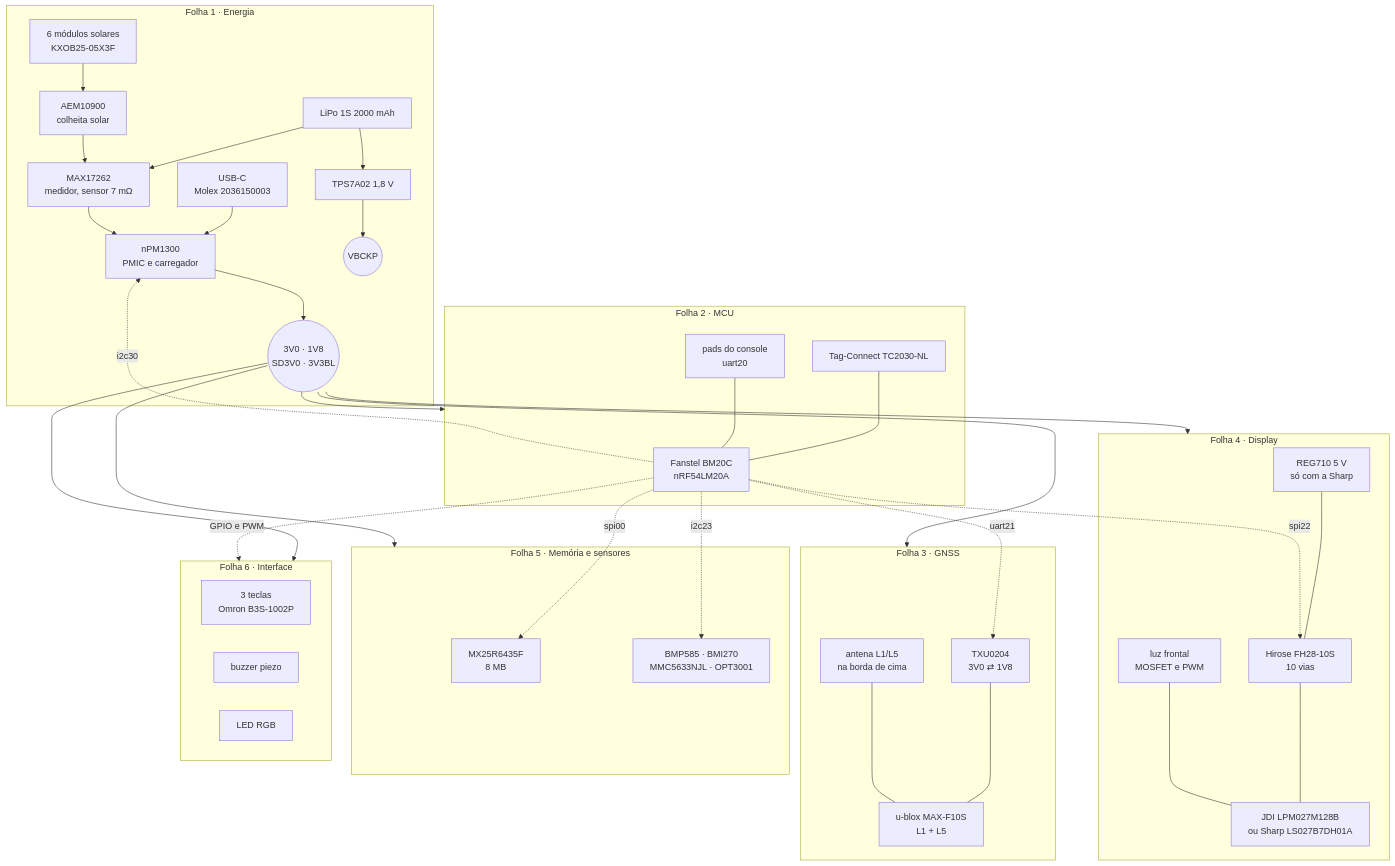
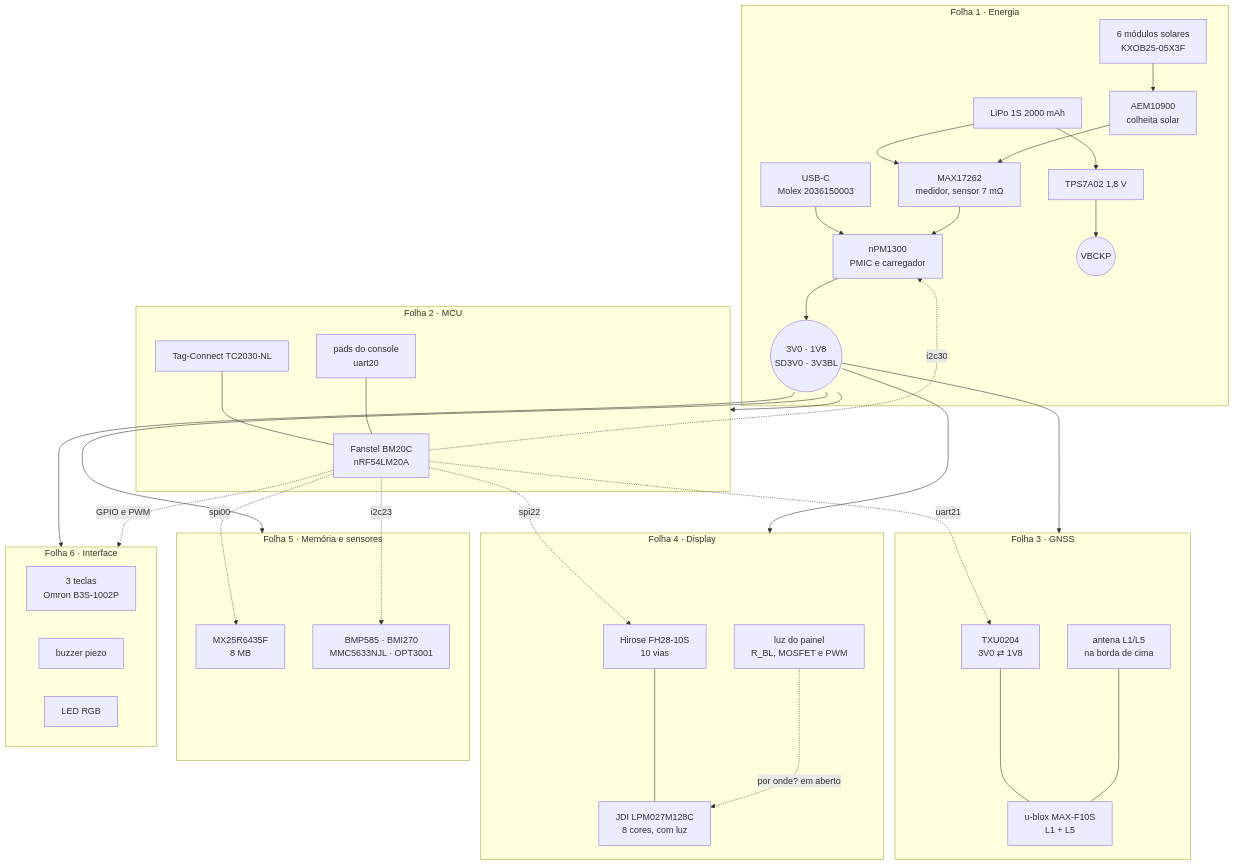
The diagram in hardware_gnssbike/README.md (Guiimartinho/gnss-bike-computer), drawn with Mermaid before and after one commit. The commit also changed other lines of this file and 17 other files, not shown here.

````diff
--- a/hardware_gnssbike/README.md
+++ b/hardware_gnssbike/README.md
@@ -43,52 +44,51 @@
 ```mermaid
 flowchart TB
     subgraph F1["Folha 1 · Energia"]
         USBC["USB-C<br/>Molex 2036150003"] --> NPM["nPM1300<br/>PMIC e carregador"]
         CELL["LiPo 1S 2000 mAh"] --> GAUGE["MAX17262<br/>medidor, sensor 7 mΩ"]
         GAUGE --> NPM
         PV["6 módulos solares<br/>KXOB25-05X3F"] --> AEM["AEM10900<br/>colheita solar"]
         AEM --> GAUGE
         NPM --> RAILS(("3V0 · 1V8<br/>SD3V0 · 3V3BL"))
         CELL --> TPS["TPS7A02 1,8 V"] --> VBCKP(("VBCKP"))
     end
 
     subgraph F2["Folha 2 · MCU"]
         BM20C["Fanstel BM20C<br/>nRF54LM20A"]
         SWD["Tag-Connect TC2030-NL"] --- BM20C
         PADS["pads do console<br/>uart20"] --- BM20C
     end
 
     subgraph F3["Folha 3 · GNSS"]
         TXU["TXU0204<br/>3V0 ⇄ 1V8"] --- MAXF["u-blox MAX-F10S<br/>L1 + L5"]
         ANT1["antena L1/L5<br/>na borda de cima"] --- MAXF
     end
 
     subgraph F4["Folha 4 · Display"]
-        FPC["Hirose FH28-10S<br/>10 vias"] --- PANEL["JDI LPM027M128B<br/>ou Sharp LS027B7DH01A"]
-        REG["REG710 5 V<br/>só com a Sharp"] --- FPC
-        BL["luz frontal<br/>MOSFET e PWM"] --- PANEL
+        FPC["Hirose FH28-10S<br/>10 vias"] --- PANEL["JDI LPM027M128C<br/>8 cores, com luz"]
+        BL["luz do painel<br/>R_BL, MOSFET e PWM"] -.->|"por onde? em aberto"| PANEL
     end
 
     subgraph F5["Folha 5 · Memória e sensores"]
         NOR["MX25R6435F<br/>8 MB"]
         SENS["BMP585 · BMI270<br/>MMC5633NJL · OPT3001"]
     end
 
     subgraph F6["Folha 6 · Interface"]
         KEYS["3 teclas<br/>Omron B3S-1002P"]
         BUZ["buzzer piezo"]
         RGB["LED RGB"]
     end
 
     RAILS --> F2
     RAILS --> F3
     RAILS --> F4
     RAILS --> F5
     RAILS --> F6
     BM20C -.->|"spi00"| NOR
     BM20C -.->|"i2c23"| SENS
     BM20C -.->|"uart21"| TXU
     BM20C -.->|"spi22"| FPC
     BM20C -.->|"i2c30"| NPM
     BM20C -.->|"GPIO e PWM"| F6
 ```
````
